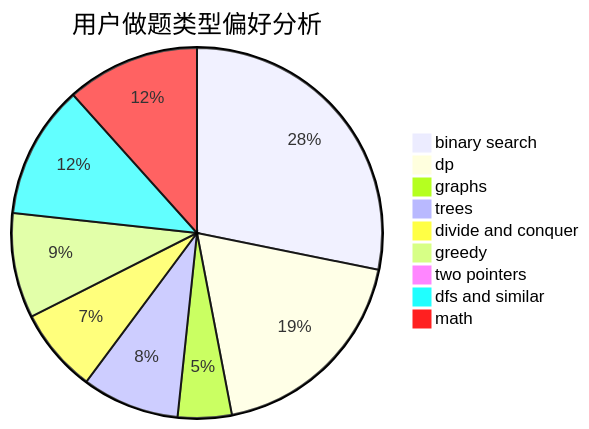
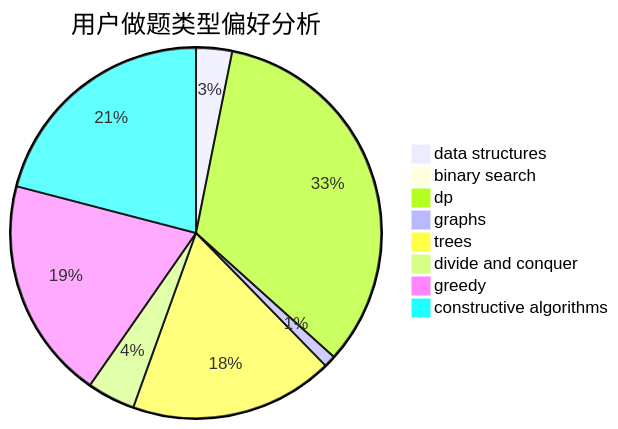
One commit to sherpahu/cfrs.github.io changed the second of 3 diagrams in docs/user/u2095.md. Above: the diagram before and after it, drawn with Mermaid. The commit also changed other lines of this file and 2775 other files, not shown here.

````diff
--- a/docs/user/u2095.md
+++ b/docs/user/u2095.md
@@ -23,12 +23,11 @@
 ```mermaid
 pie title 用户做题类型偏好分析
-    "binary search" :  126
-    "dp" :  84
-    "graphs" :  21
-    "trees" :  38
-    "divide and conquer" :  33
-    "greedy" :  41
-    "two pointers" :  3
-    "dfs and similar" :  52
-    "math" :  52
+    "data structures" :  6
+    "binary search" :  1
+    "dp" :  64
+    "graphs" :  2
+    "trees" :  34
+    "divide and conquer" :  8
+    "greedy" :  37
+    "constructive algorithms" :  40
 ```
````
